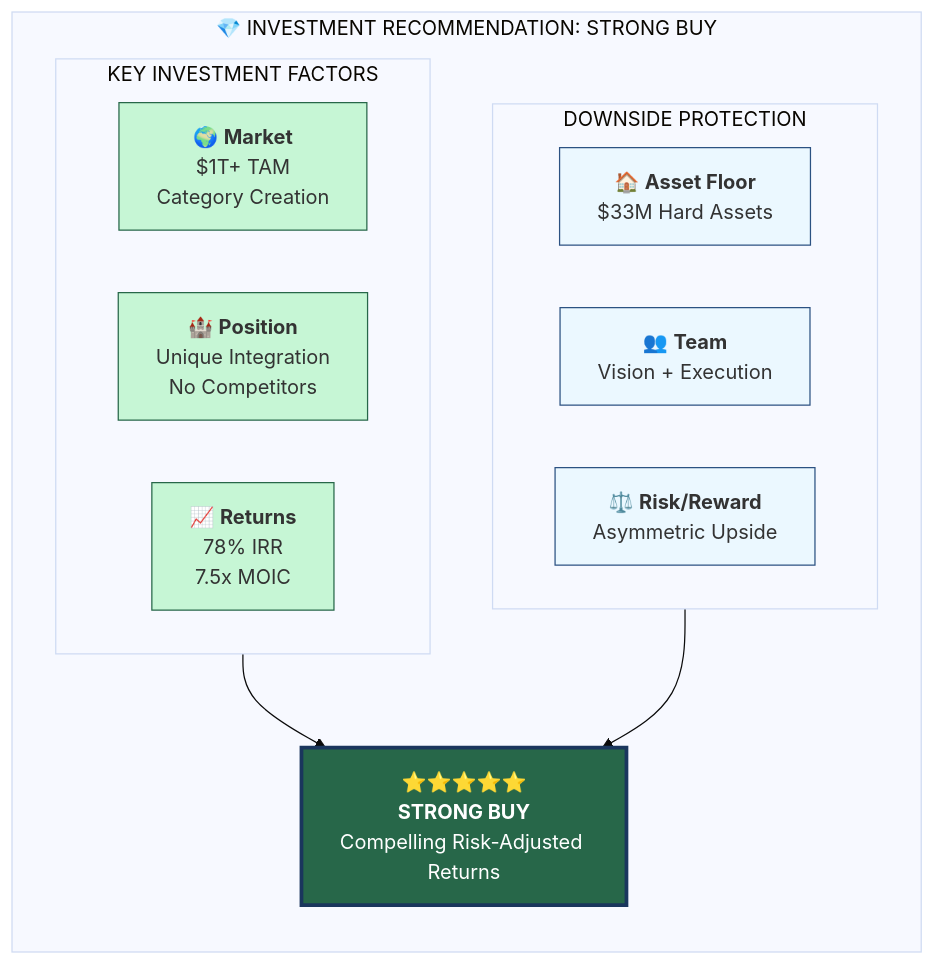
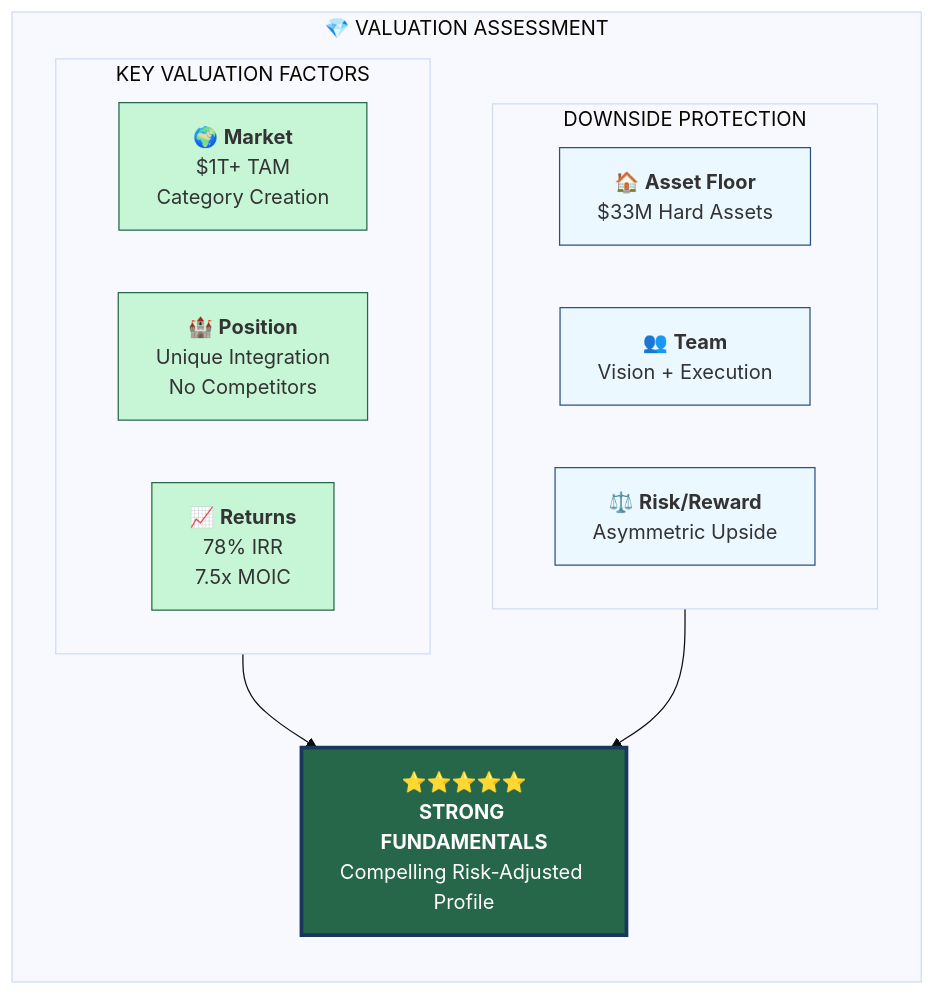
One commit to Light-Brands/epic-center changed diagram 33 of 37 in docs/pitch-packet/AI_VALUATION_REPORT_VISUAL.md. Above: the diagram before and after it, drawn with Mermaid. The commit also changed other lines of this file and 3 other files, not shown here.

````diff
--- a/docs/pitch-packet/AI_VALUATION_REPORT_VISUAL.md
+++ b/docs/pitch-packet/AI_VALUATION_REPORT_VISUAL.md
@@ -1664,34 +1569,34 @@
 ```mermaid
 %%{init: {'theme': 'base'}}%%
 flowchart TB
-    subgraph RECOMMENDATION["💎 INVESTMENT RECOMMENDATION: STRONG BUY"]
+    subgraph ASSESSMENT["💎 VALUATION ASSESSMENT"]
         direction TB
 
-        subgraph FACTORS["KEY INVESTMENT FACTORS"]
+        subgraph FACTORS["KEY VALUATION FACTORS"]
             direction LR
             F1["🌍 <b>Market</b><br/>$1T+ TAM<br/>Category Creation"]
             F2["🏰 <b>Position</b><br/>Unique Integration<br/>No Competitors"]
             F3["📈 <b>Returns</b><br/>78% IRR<br/>7.5x MOIC"]
         end
 
         subgraph PROTECTION["DOWNSIDE PROTECTION"]
             direction LR
             P1["🏠 <b>Asset Floor</b><br/>$33M Hard Assets"]
             P2["👥 <b>Team</b><br/>Vision + Execution"]
             P3["⚖️ <b>Risk/Reward</b><br/>Asymmetric Upside"]
         end
 
-        VERDICT["⭐⭐⭐⭐⭐<br/><b>STRONG BUY</b><br/>Compelling Risk-Adjusted Returns"]
+        VERDICT["⭐⭐⭐⭐⭐<br/><b>STRONG FUNDAMENTALS</b><br/>Compelling Risk-Adjusted Profile"]
 
         FACTORS --> VERDICT
         PROTECTION --> VERDICT
     end
 
     style F1 fill:#c6f6d5,stroke:#276749
     style F2 fill:#c6f6d5,stroke:#276749
     style F3 fill:#c6f6d5,stroke:#276749
     style P1 fill:#ebf8ff,stroke:#2c5282
     style P2 fill:#ebf8ff,stroke:#2c5282
     style P3 fill:#ebf8ff,stroke:#2c5282
     style VERDICT fill:#276749,stroke:#1a365d,stroke-width:3px,color:#fff
 ```
````
